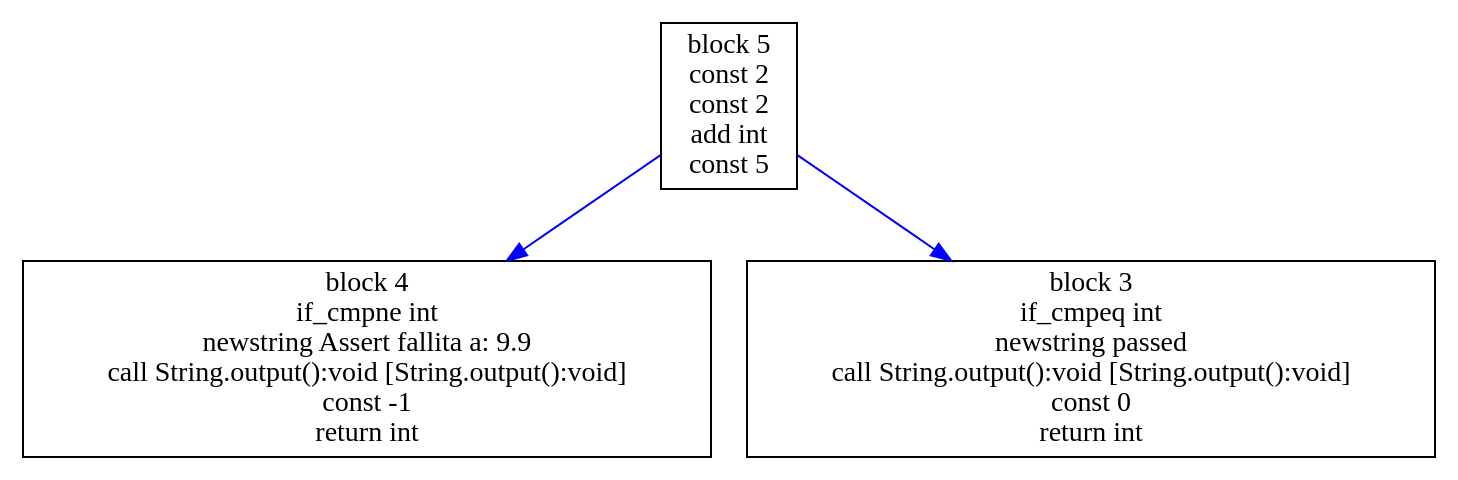
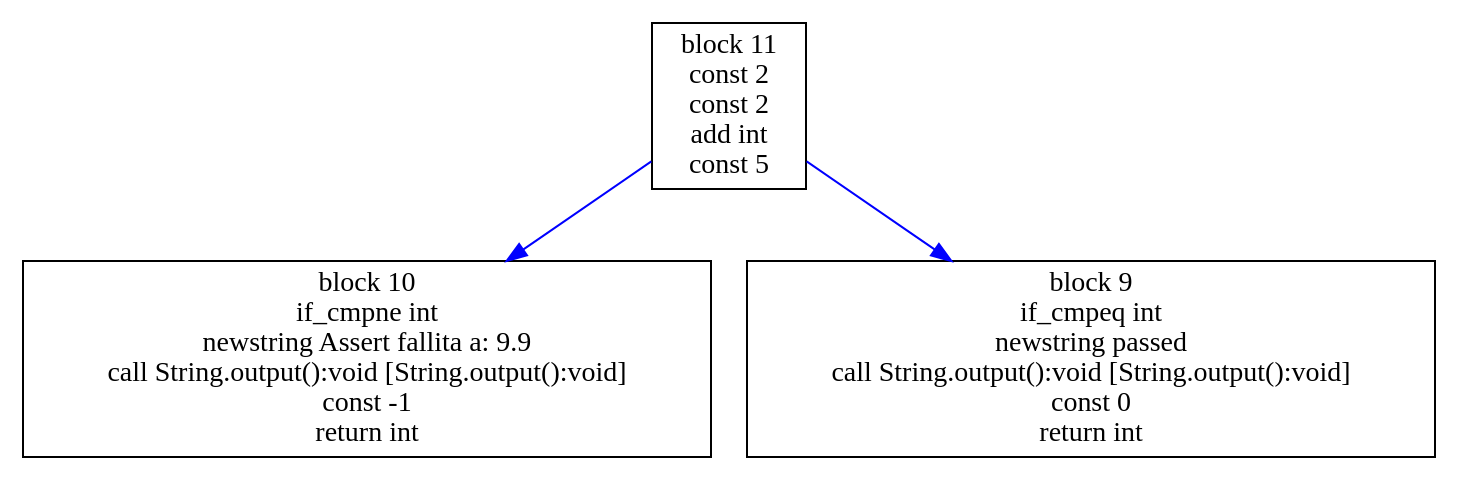
Before and after one commit to PgRepository/Kitten: the diagram in Kitten/testcases/PG.anselmo=test.dot, drawn with Graphviz. The commit also changed 843 other files, not shown here.

```diff
--- a/Kitten/testcases/PG.anselmo=test.dot
+++ b/Kitten/testcases/PG.anselmo=test.dot
@@ -1,8 +1,8 @@
 digraph "PG.anselmo=test" {
 size = "11,7.5";
-codeblock_5 [ shape = box, label = "block 5\nconst 2\nconst 2\nadd int\nconst 5"];
-codeblock_4 [ shape = box, label = "block 4\nif_cmpne int\nnewstring Assert fallita a: 9.9\ncall String.output():void [String.output():void]\nconst -1\nreturn int"];
-codeblock_5->codeblock_4 [color = blue label = "" fontsize = 8]
-codeblock_3 [ shape = box, label = "block 3\nif_cmpeq int\nnewstring passed\ncall String.output():void [String.output():void]\nconst 0\nreturn int"];
-codeblock_5->codeblock_3 [color = blue label = "" fontsize = 8]
+codeblock_11 [ shape = box, label = "block 11\nconst 2\nconst 2\nadd int\nconst 5"];
+codeblock_10 [ shape = box, label = "block 10\nif_cmpne int\nnewstring Assert fallita a: 9.9\ncall String.output():void [String.output():void]\nconst -1\nreturn int"];
+codeblock_11->codeblock_10 [color = blue label = "" fontsize = 8]
+codeblock_9 [ shape = box, label = "block 9\nif_cmpeq int\nnewstring passed\ncall String.output():void [String.output():void]\nconst 0\nreturn int"];
+codeblock_11->codeblock_9 [color = blue label = "" fontsize = 8]
 }
```
